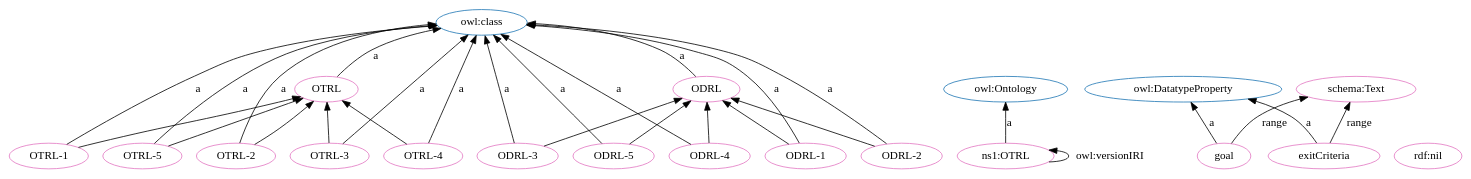
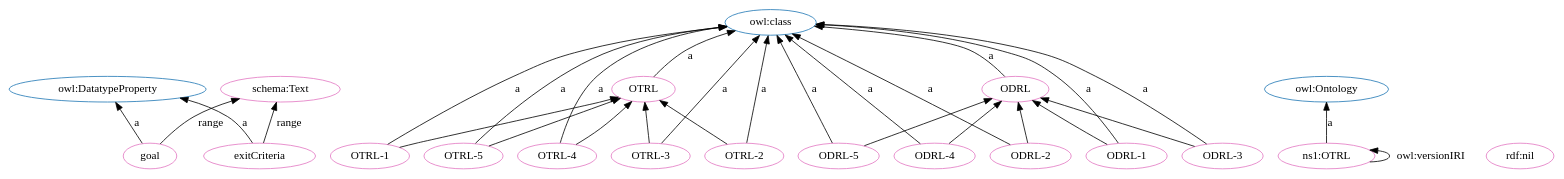
Before and after one commit to OPEN-NEXT/OKH-LOSH: the diagram in OTRL.dot, drawn with Graphviz. The commit also changed other lines of this file and 15 other files, not shown here.

```diff
--- a/OTRL.dot
+++ b/OTRL.dot
@@ -1,54 +1,54 @@
 digraph G {
   rankdir=BT
   node[height=.3]
+"http://www.w3.org/2002/07/owl#DatatypeProperty" [fillcolor="#1f77b4" color="#1f77b4" label="owl:DatatypeProperty"]
 "http://purl.org/oseg/ontologies/OTRL#OTRL" [fillcolor="#1f77b4" color="#1f77b4" label="OTRL"]
+"http://www.w3.org/2002/07/owl#class" [fillcolor="#1f77b4" color="#1f77b4" label="owl:class"]
+"http://purl.org/oseg/ontologies/OTRL#ODRL" [fillcolor="#1f77b4" color="#1f77b4" label="ODRL"]
 "http://www.w3.org/2002/07/owl#Ontology" [fillcolor="#1f77b4" color="#1f77b4" label="owl:Ontology"]
-"http://purl.org/oseg/ontologies/OTRL#ODRL" [fillcolor="#1f77b4" color="#1f77b4" label="ODRL"]
-"http://www.w3.org/2002/07/owl#class" [fillcolor="#1f77b4" color="#1f77b4" label="owl:class"]
-"http://www.w3.org/2002/07/owl#DatatypeProperty" [fillcolor="#1f77b4" color="#1f77b4" label="owl:DatatypeProperty"]
+"http://purl.org/oseg/ontologies/OTRL#ODRL" [fillcolor="#e377c2" color="#e377c2" label="ODRL"]
+"http://purl.org/oseg/ontologies/OTRL#ODRL-4" [fillcolor="#e377c2" color="#e377c2" label="ODRL-4"]
+"http://purl.org/oseg/ontologies/OTRL#OTRL-5" [fillcolor="#e377c2" color="#e377c2" label="OTRL-5"]
+"http://purl.org/oseg/ontologies/OTRL" [fillcolor="#e377c2" color="#e377c2" label="ns1:OTRL"]
+"http://purl.org/oseg/ontologies/OTRL#OTRL-1" [fillcolor="#e377c2" color="#e377c2" label="OTRL-1"]
+"http://purl.org/oseg/ontologies/OTRL#goal" [fillcolor="#e377c2" color="#e377c2" label="goal"]
 "http://purl.org/oseg/ontologies/OTRL#OTRL" [fillcolor="#e377c2" color="#e377c2" label="OTRL"]
-"http://purl.org/oseg/ontologies/OTRL#OTRL-5" [fillcolor="#e377c2" color="#e377c2" label="OTRL-5"]
-"http://purl.org/oseg/ontologies/OTRL#goal" [fillcolor="#e377c2" color="#e377c2" label="goal"]
-"http://purl.org/oseg/ontologies/OTRL#ODRL" [fillcolor="#e377c2" color="#e377c2" label="ODRL"]
-"http://www.w3.org/1999/02/22-rdf-syntax-ns#nil" [fillcolor="#e377c2" color="#e377c2" label="rdf:nil"]
-"http://purl.org/oseg/ontologies/OTRL#OTRL-1" [fillcolor="#e377c2" color="#e377c2" label="OTRL-1"]
-"http://purl.org/oseg/ontologies/OTRL#OTRL-2" [fillcolor="#e377c2" color="#e377c2" label="OTRL-2"]
-"http://purl.org/oseg/ontologies/OTRL#ODRL-5" [fillcolor="#e377c2" color="#e377c2" label="ODRL-5"]
 "http://schema.org/Text" [fillcolor="#e377c2" color="#e377c2" label="schema:Text"]
 "http://purl.org/oseg/ontologies/OTRL#OTRL-4" [fillcolor="#e377c2" color="#e377c2" label="OTRL-4"]
+"http://purl.org/oseg/ontologies/OTRL#ODRL-5" [fillcolor="#e377c2" color="#e377c2" label="ODRL-5"]
+"http://purl.org/oseg/ontologies/OTRL#ODRL-2" [fillcolor="#e377c2" color="#e377c2" label="ODRL-2"]
 "http://purl.org/oseg/ontologies/OTRL#ODRL-3" [fillcolor="#e377c2" color="#e377c2" label="ODRL-3"]
-"http://purl.org/oseg/ontologies/OTRL#ODRL-4" [fillcolor="#e377c2" color="#e377c2" label="ODRL-4"]
-"http://purl.org/oseg/ontologies/OTRL" [fillcolor="#e377c2" color="#e377c2" label="ns1:OTRL"]
-"http://purl.org/oseg/ontologies/OTRL#ODRL-2" [fillcolor="#e377c2" color="#e377c2" label="ODRL-2"]
+"http://www.w3.org/1999/02/22-rdf-syntax-ns#nil" [fillcolor="#e377c2" color="#e377c2" label="rdf:nil"]
+"http://purl.org/oseg/ontologies/OTRL#OTRL-2" [fillcolor="#e377c2" color="#e377c2" label="OTRL-2"]
+"http://purl.org/oseg/ontologies/OTRL#OTRL-3" [fillcolor="#e377c2" color="#e377c2" label="OTRL-3"]
+"http://purl.org/oseg/ontologies/OTRL#exitCriteria" [fillcolor="#e377c2" color="#e377c2" label="exitCriteria"]
 "http://purl.org/oseg/ontologies/OTRL#ODRL-1" [fillcolor="#e377c2" color="#e377c2" label="ODRL-1"]
-"http://purl.org/oseg/ontologies/OTRL#exitCriteria" [fillcolor="#e377c2" color="#e377c2" label="exitCriteria"]
-"http://purl.org/oseg/ontologies/OTRL#OTRL-3" [fillcolor="#e377c2" color="#e377c2" label="OTRL-3"]
-  "http://purl.org/oseg/ontologies/OTRL#OTRL-5" -> "http://www.w3.org/2002/07/owl#class" [label="a"]
-  "http://purl.org/oseg/ontologies/OTRL#OTRL-3" -> "http://purl.org/oseg/ontologies/OTRL#OTRL" [label=""]
-  "http://purl.org/oseg/ontologies/OTRL#OTRL-1" -> "http://www.w3.org/2002/07/owl#class" [label="a"]
+  "http://purl.org/oseg/ontologies/OTRL#ODRL-4" -> "http://www.w3.org/2002/07/owl#class" [label="a"]
+  "http://purl.org/oseg/ontologies/OTRL" -> "http://www.w3.org/2002/07/owl#Ontology" [label="a"]
+  "http://purl.org/oseg/ontologies/OTRL#goal" -> "http://www.w3.org/2002/07/owl#DatatypeProperty" [label="a"]
+  "http://purl.org/oseg/ontologies/OTRL#OTRL-1" -> "http://purl.org/oseg/ontologies/OTRL#OTRL" [label=""]
+  "http://purl.org/oseg/ontologies/OTRL#OTRL-4" -> "http://www.w3.org/2002/07/owl#class" [label="a"]
+  "http://purl.org/oseg/ontologies/OTRL#ODRL-5" -> "http://www.w3.org/2002/07/owl#class" [label="a"]
+  "http://purl.org/oseg/ontologies/OTRL#ODRL-2" -> "http://www.w3.org/2002/07/owl#class" [label="a"]
+  "http://purl.org/oseg/ontologies/OTRL#OTRL" -> "http://www.w3.org/2002/07/owl#class" [label="a"]
   "http://purl.org/oseg/ontologies/OTRL#OTRL-2" -> "http://www.w3.org/2002/07/owl#class" [label="a"]
   "http://purl.org/oseg/ontologies/OTRL#goal" -> "http://schema.org/Text" [label="range"]
+  "http://purl.org/oseg/ontologies/OTRL#OTRL-5" -> "http://purl.org/oseg/ontologies/OTRL#OTRL" [label=""]
+  "http://purl.org/oseg/ontologies/OTRL#exitCriteria" -> "http://www.w3.org/2002/07/owl#DatatypeProperty" [label="a"]
+  "http://purl.org/oseg/ontologies/OTRL#ODRL-3" -> "http://purl.org/oseg/ontologies/OTRL#ODRL" [label=""]
+  "http://purl.org/oseg/ontologies/OTRL#ODRL-1" -> "http://purl.org/oseg/ontologies/OTRL#ODRL" [label=""]
+  "http://purl.org/oseg/ontologies/OTRL#OTRL-5" -> "http://www.w3.org/2002/07/owl#class" [label="a"]
+  "http://purl.org/oseg/ontologies/OTRL#OTRL-1" -> "http://www.w3.org/2002/07/owl#class" [label="a"]
   "http://purl.org/oseg/ontologies/OTRL#exitCriteria" -> "http://schema.org/Text" [label="range"]
-  "http://purl.org/oseg/ontologies/OTRL#ODRL-2" -> "http://www.w3.org/2002/07/owl#class" [label="a"]
-  "http://purl.org/oseg/ontologies/OTRL#ODRL-1" -> "http://www.w3.org/2002/07/owl#class" [label="a"]
-  "http://purl.org/oseg/ontologies/OTRL#ODRL-2" -> "http://purl.org/oseg/ontologies/OTRL#ODRL" [label=""]
-  "http://purl.org/oseg/ontologies/OTRL#OTRL-1" -> "http://purl.org/oseg/ontologies/OTRL#OTRL" [label=""]
-  "http://purl.org/oseg/ontologies/OTRL#goal" -> "http://www.w3.org/2002/07/owl#DatatypeProperty" [label="a"]
+  "http://purl.org/oseg/ontologies/OTRL#OTRL-4" -> "http://purl.org/oseg/ontologies/OTRL#OTRL" [label=""]
+  "http://purl.org/oseg/ontologies/OTRL#ODRL-3" -> "http://www.w3.org/2002/07/owl#class" [label="a"]
   "http://purl.org/oseg/ontologies/OTRL#ODRL" -> "http://www.w3.org/2002/07/owl#class" [label="a"]
-  "http://purl.org/oseg/ontologies/OTRL#ODRL-3" -> "http://purl.org/oseg/ontologies/OTRL#ODRL" [label=""]
-  "http://purl.org/oseg/ontologies/OTRL#OTRL-4" -> "http://purl.org/oseg/ontologies/OTRL#OTRL" [label=""]
-  "http://purl.org/oseg/ontologies/OTRL#OTRL" -> "http://www.w3.org/2002/07/owl#class" [label="a"]
-  "http://purl.org/oseg/ontologies/OTRL#ODRL-1" -> "http://purl.org/oseg/ontologies/OTRL#ODRL" [label=""]
-  "http://purl.org/oseg/ontologies/OTRL#ODRL-5" -> "http://www.w3.org/2002/07/owl#class" [label="a"]
+  "http://purl.org/oseg/ontologies/OTRL#ODRL-4" -> "http://purl.org/oseg/ontologies/OTRL#ODRL" [label=""]
+  "http://purl.org/oseg/ontologies/OTRL#OTRL-3" -> "http://www.w3.org/2002/07/owl#class" [label="a"]
   "http://purl.org/oseg/ontologies/OTRL#OTRL-2" -> "http://purl.org/oseg/ontologies/OTRL#OTRL" [label=""]
   "http://purl.org/oseg/ontologies/OTRL#ODRL-5" -> "http://purl.org/oseg/ontologies/OTRL#ODRL" [label=""]
-  "http://purl.org/oseg/ontologies/OTRL#OTRL-5" -> "http://purl.org/oseg/ontologies/OTRL#OTRL" [label=""]
-  "http://purl.org/oseg/ontologies/OTRL#OTRL-4" -> "http://www.w3.org/2002/07/owl#class" [label="a"]
-  "http://purl.org/oseg/ontologies/OTRL#ODRL-3" -> "http://www.w3.org/2002/07/owl#class" [label="a"]
-  "http://purl.org/oseg/ontologies/OTRL#ODRL-4" -> "http://www.w3.org/2002/07/owl#class" [label="a"]
-  "http://purl.org/oseg/ontologies/OTRL" -> "http://www.w3.org/2002/07/owl#Ontology" [label="a"]
-  "http://purl.org/oseg/ontologies/OTRL#ODRL-4" -> "http://purl.org/oseg/ontologies/OTRL#ODRL" [label=""]
-  "http://purl.org/oseg/ontologies/OTRL#exitCriteria" -> "http://www.w3.org/2002/07/owl#DatatypeProperty" [label="a"]
+  "http://purl.org/oseg/ontologies/OTRL#OTRL-3" -> "http://purl.org/oseg/ontologies/OTRL#OTRL" [label=""]
   "http://purl.org/oseg/ontologies/OTRL" -> "http://purl.org/oseg/ontologies/OTRL" [label="owl:versionIRI"]
-  "http://purl.org/oseg/ontologies/OTRL#OTRL-3" -> "http://www.w3.org/2002/07/owl#class" [label="a"]
+  "http://purl.org/oseg/ontologies/OTRL#ODRL-2" -> "http://purl.org/oseg/ontologies/OTRL#ODRL" [label=""]
+  "http://purl.org/oseg/ontologies/OTRL#ODRL-1" -> "http://www.w3.org/2002/07/owl#class" [label="a"]
 }
```
